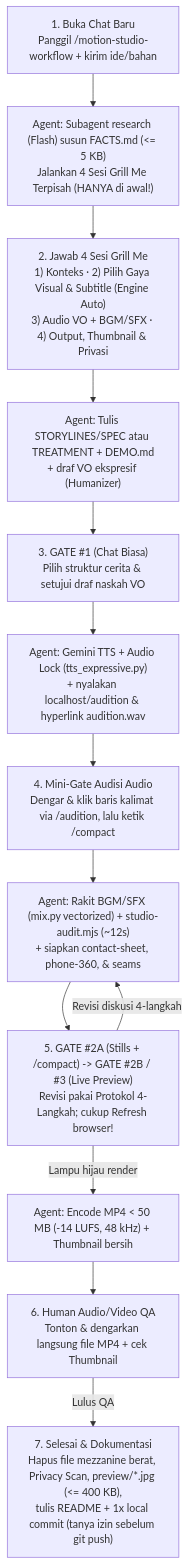
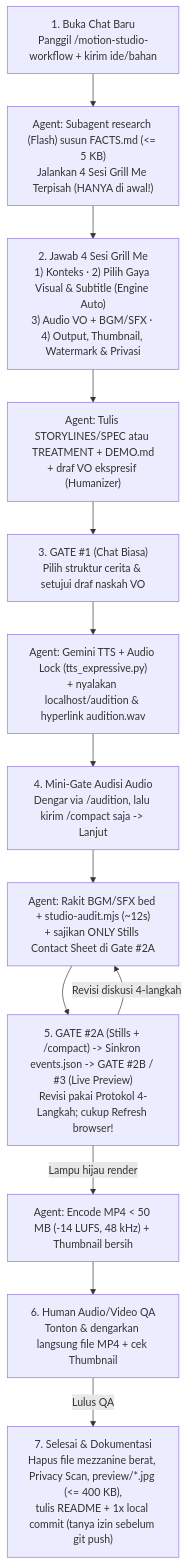
One commit to mhmmdridhali/AI-Motion-Studio changed the diagram in USER_WORKFLOW.md. Above: the diagram before and after it, drawn with Mermaid. The commit also changed other lines of this file and 12 other files, not shown here.

Commit message:
chore(studio): refine TTS trimming, SOP gates, watermark option, and untrack P4 QA boards

````diff
--- a/USER_WORKFLOW.md
+++ b/USER_WORKFLOW.md
@@ -19,15 +19,15 @@
 ```mermaid
 flowchart TD
     U1["1. Buka Chat Baru<br/>Panggil /motion-studio-workflow + kirim ide/bahan"] --> A1["Agent: Subagent research (Flash) susun FACTS.md (<= 5 KB)<br/>Jalankan 4 Sesi Grill Me Terpisah (HANYA di awal!)"]
-    A1 --> U2["2. Jawab 4 Sesi Grill Me<br/>1) Konteks · 2) Pilih Gaya Visual & Subtitle (Engine Auto)<br/>3) Audio VO + BGM/SFX · 4) Output, Thumbnail & Privasi"]
+    A1 --> U2["2. Jawab 4 Sesi Grill Me<br/>1) Konteks · 2) Pilih Gaya Visual & Subtitle (Engine Auto)<br/>3) Audio VO + BGM/SFX · 4) Output, Thumbnail, Watermark & Privasi"]
     U2 --> A2["Agent: Tulis STORYLINES/SPEC atau TREATMENT + DEMO.md<br/>+ draf VO ekspresif (Humanizer)"]
     A2 --> U3["3. GATE #1 (Chat Biasa)<br/>Pilih struktur cerita & setujui draf naskah VO"]
     U3 --> A3["Agent: Gemini TTS + Audio Lock (tts_expressive.py)<br/>+ nyalakan localhost/audition & hyperlink audition.wav"]
-    A3 --> U4["4. Mini-Gate Audisi Audio<br/>Dengar & klik baris kalimat via /audition, lalu ketik /compact"]
-    U4 --> A4["Agent: Rakit BGM/SFX (mix.py vectorized) + studio-audit.mjs (~12s)<br/>+ siapkan contact-sheet, phone-360, & seams"]
-    A4 --> U5["5. GATE #2A (Stills + /compact) -> GATE #2B / #3 (Live Preview)<br/>Revisi pakai Protokol 4-Langkah; cukup Refresh browser!"]
+    A3 --> U4["4. Mini-Gate Audisi Audio<br/>Dengar via /audition, lalu kirim /compact saja -> Lanjut"]
+    U4 --> A4["Agent: Rakit BGM/SFX bed + studio-audit.mjs (~12s)<br/>+ sajikan ONLY Stills Contact Sheet di Gate #2A"]
+    A4 --> U5["5. GATE #2A (Stills + /compact) -> Sinkron events.json -> GATE #2B / #3 (Live Preview)<br/>Revisi pakai Protokol 4-Langkah; cukup Refresh browser!"]
     U5 -->|Revisi diskusi 4-langkah| A4
     U5 -->|Lampu hijau render| A5["Agent: Encode MP4 < 50 MB (-14 LUFS, 48 kHz) + Thumbnail bersih"]
     A5 --> U6["6. Human Audio/Video QA<br/>Tonton & dengarkan langsung file MP4 + cek Thumbnail"]
     U6 -->|Lulus QA| U7["7. Selesai & Dokumentasi<br/>Hapus file mezzanine berat, Privacy Scan, preview/*.jpg (<= 400 KB),<br/>tulis README + 1x local commit (tanya izin sebelum git push)"]
 ```
````
